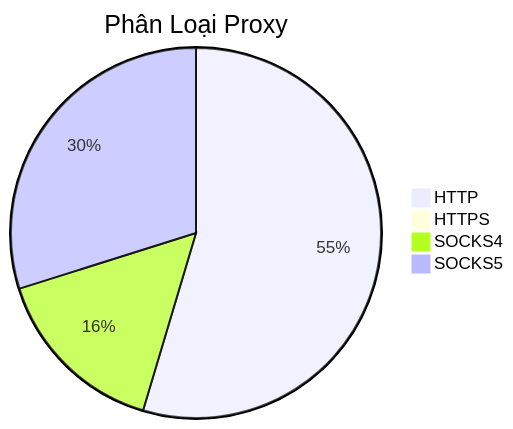
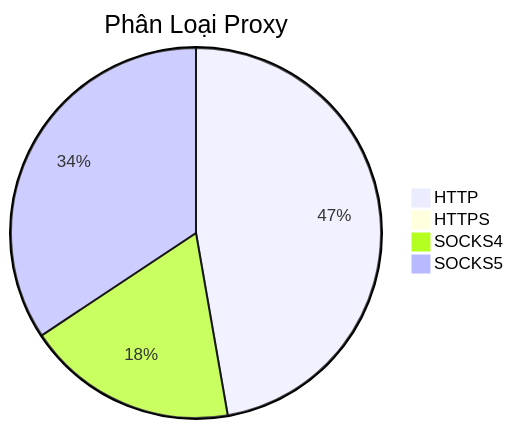
Before and after one commit to Ciara-12/PROXY-free: the diagram in README.md, drawn with Mermaid. The commit also changed other lines of this file and 4 other files, not shown here.

````diff
--- a/README.md
+++ b/README.md
@@ -26,7 +26,7 @@
 ```mermaid
 pie title Phân Loại Proxy
-    "HTTP" : 503
-    "HTTPS" : 1
-    "SOCKS4" : 143
-    "SOCKS5" : 275
+    "HTTP" : 413
+    "HTTPS" : 2
+    "SOCKS4" : 161
+    "SOCKS5" : 300
 ```
````
